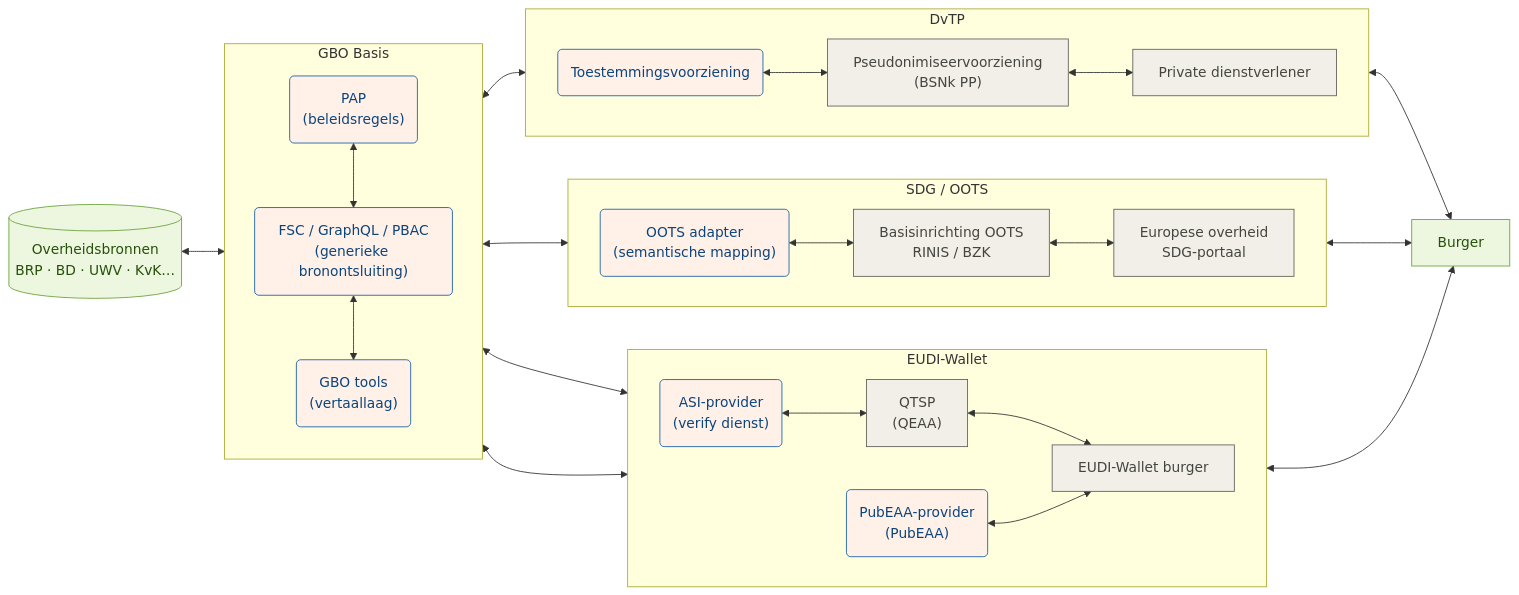
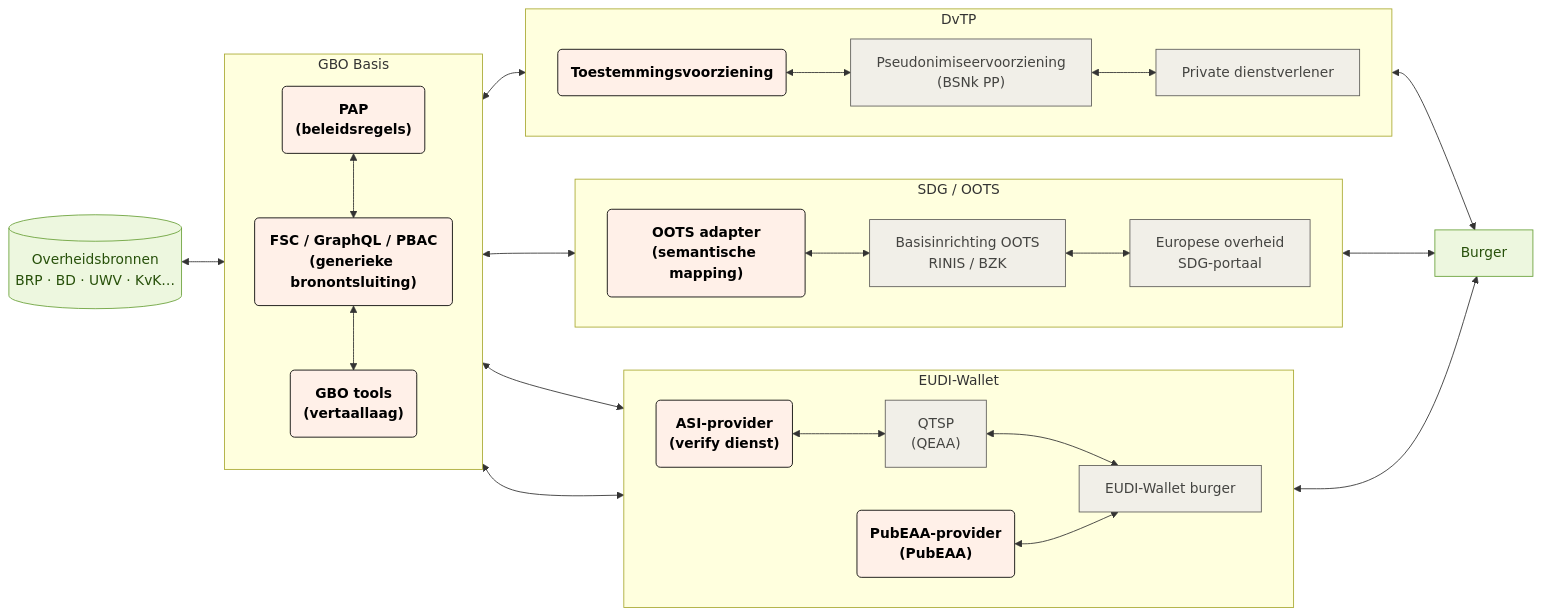
The diagram in docs/diagrammen/gbo_swimlanes.mmd (ICTU/GBO), drawn with Mermaid before and after one commit.

````diff
--- a/docs/diagrammen/gbo_swimlanes.mmd
+++ b/docs/diagrammen/gbo_swimlanes.mmd
@@ -1,59 +1,67 @@
 ``` mermaid
 
 flowchart LR
-  %% Kolommen: Bronhouders <--> Generieke bronontsluiting <--> Stroomspecifieke voorziening <--> Afnemer
-  bron[("Overheidsbronnen<br/>BRP · BD · UWV · KvK…")]:::bron
-
-    subgraph gbo["GBO Basis"]
-        direction TB
-        fsc_pap("PAP<br />(beleidsregels)"):::gbo
-        fsc("FSC / GraphQL / PBAC<br/>(generieke bronontsluiting)"):::gbo
-        fsc_tools("GBO tools<br />(vertaallaag)"):::gbo
-        fsc_pap <--> fsc
-        fsc <--> fsc_tools
-    end
-
-    bron <--> gbo
-
-    subgraph eudi["EUDI-Wallet"]
-      direction LR
-      eudi_asi("ASI-provider<br/>(verify dienst)"):::gbo
-      eudi_pubeaa("PubEAA-provider<br/>(PubEAA)"):::gbo
-      eudi_qeaa["QTSP<br/>(QEAA)"]:::eudi
-      eudi_wallet["EUDI-Wallet burger"]:::eudi
-      eudi_asi <--> eudi_qeaa <--> eudi_wallet
-    end
-    gbo <--> eudi_asi
-    gbo <--> eudi_pubeaa <--> eudi_wallet
-
-    subgraph oots["SDG / OOTS"]
-      direction LR
-      oots_adapter("OOTS adapter<br />(semantische mapping)"):::gbo
-      oots_basis["Basisinrichting OOTS<br/>RINIS / BZK"]:::oots
-      oots_afnemer["Europese overheid<br/>SDG-portaal"]:::oots
-    end
-    gbo <--> oots_adapter <--> oots_basis <--> oots_afnemer
-
-    subgraph dvtp["DvTP"]
-      direction LR
-      dvtp_toestemming("Toestemmingsvoorziening"):::gbo
-      dvtp_pseudoniem["Pseudonimiseervoorziening<br/>(BSNk PP)"]:::dvtp
-      dvtp_afnemer["Private dienstverlener"]:::dvtp
-
-    end
-    gbo <--> dvtp_toestemming <--> dvtp_pseudoniem <--> dvtp_afnemer
-
-    burger["Burger"]:::burger
-    eudi_wallet <--> burger
+ subgraph gbo["GBO Basis"]
+    direction TB
+        fsc_pap("`**PAP<br>(beleidsregels)**`")
+        fsc("`**FSC / GraphQL / PBAC<br>(generieke bronontsluiting)**`")
+        fsc_tools("`**GBO tools<br>(vertaallaag)**`")
+  end
+ subgraph eudi["EUDI-Wallet"]
+    direction LR
+        eudi_asi("`**ASI-provider<br>(verify dienst)**`")
+        eudi_pubeaa("`**PubEAA-provider<br>(PubEAA)**`")
+        eudi_qeaa["QTSP<br>(QEAA)"]
+        eudi_wallet["EUDI-Wallet burger"]
+  end
+ subgraph oots["SDG / OOTS"]
+    direction LR
+        oots_adapter("`**OOTS adapter<br>(semantische mapping)**`")
+        oots_basis["Basisinrichting OOTS<br>RINIS / BZK"]
+        oots_afnemer["Europese overheid<br>SDG-portaal"]
+  end
+ subgraph dvtp["DvTP"]
+    direction LR
+        dvtp_toestemming("`**Toestemmingsvoorziening**`")
+        dvtp_pseudoniem["Pseudonimiseervoorziening<br>(BSNk PP)"]
+        dvtp_afnemer["Private dienstverlener"]
+  end
+    fsc_pap <--> fsc
+    fsc <--> fsc_tools
+    bron[("Overheidsbronnen<br>BRP · BD · UWV · KvK…")] <--> gbo
+    eudi_asi <--> eudi_qeaa
+    eudi_qeaa <--> eudi_wallet
+    gbo <--> eudi_asi & eudi_pubeaa & oots_adapter & dvtp_toestemming
+    eudi_pubeaa <--> eudi_wallet
+    oots_adapter <--> oots_basis
+    oots_basis <--> oots_afnemer
+    dvtp_toestemming <--> dvtp_pseudoniem
+    dvtp_pseudoniem <--> dvtp_afnemer
+    eudi_wallet <--> burger["Burger"]
     oots_afnemer <--> burger
     dvtp_afnemer <--> burger
 
-  classDef bron fill:#edf7df,stroke:#6aa13a,color:#27500a
-  classDef generiek fill:#f1efe8,stroke:#5f5e5a,color:#444441
-  classDef eudi fill:#f1efe8,stroke:#5f5e5a,color:#444441
-  classDef oots fill:#f1efe8,stroke:#5f5e5a,color:#444441
-  classDef dvtp fill:#f1efe8,stroke:#5f5e5a,color:#444441
-  classDef gbo fill:#fff0e8,stroke:#185fa5,color:#0c447c
-  classDef burger fill:#edf7df,stroke:#6aa13a,color:#27500a
+     fsc_pap:::gbo
+     fsc:::gbo
+     fsc_tools:::gbo
+     eudi_asi:::gbo
+     eudi_pubeaa:::gbo
+     eudi_qeaa:::eudi
+     eudi_wallet:::eudi
+     oots_adapter:::gbo
+     oots_basis:::oots
+     oots_afnemer:::oots
+     dvtp_toestemming:::gbo
+     dvtp_pseudoniem:::dvtp
+     dvtp_afnemer:::dvtp
+     bron:::bron
+     burger:::burger
+    classDef bron fill:#edf7df,stroke:#6aa13a,color:#27500a
+    classDef generiek fill:#f1efe8,stroke:#5f5e5a,color:#444441
+    classDef eudi fill:#f1efe8,stroke:#5f5e5a,color:#444441
+    classDef oots fill:#f1efe8,stroke:#5f5e5a,color:#444441
+    classDef dvtp fill:#f1efe8,stroke:#5f5e5a,color:#444441
+    classDef gbo fill:#fff0e8,stroke:#000000,color:#000000
+    classDef burger fill:#edf7df,stroke:#6aa13a,color:#27500a
 
 ```
````
